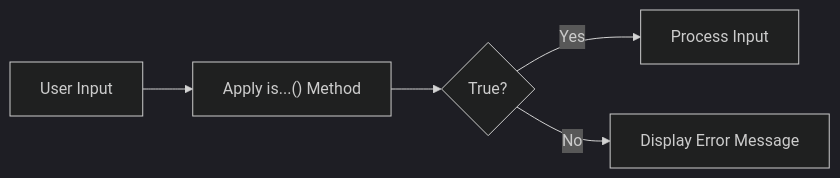
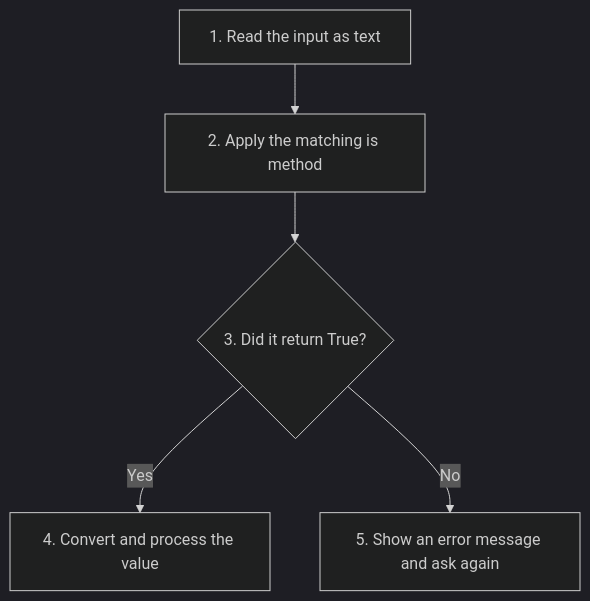
One commit to ag999git/001-mkdocs changed diagram 13 of 18 in docs/17-strings/080-ch17-conceptual-qa.md. Above: the diagram before and after it, drawn with Mermaid (dark theme). The commit also changed other lines of this file, not shown here.

````diff
--- a/docs/17-strings/080-ch17-conceptual-qa.md
+++ b/docs/17-strings/080-ch17-conceptual-qa.md
@@ -1855,13 +3658,7 @@
 ```mermaid
-flowchart LR
-
-A["User Input"]
-
-A --> B["Apply is...() Method"]
-
-B --> C{"True?"}
-
-C -->|Yes| D["Process Input"]
-
-C -->|No| E["Display Error Message"]
+flowchart TD
+    A["1. Read the input as text"] --> B["2. Apply the matching is method"]
+    B --> C{"3. Did it return True?"}
+    C -->|"Yes"| D["4. Convert and process the value"]
+    C -->|"No"| E["5. Show an error message and ask again"]
 ```
````
